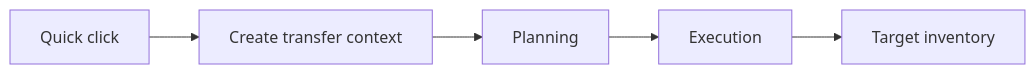
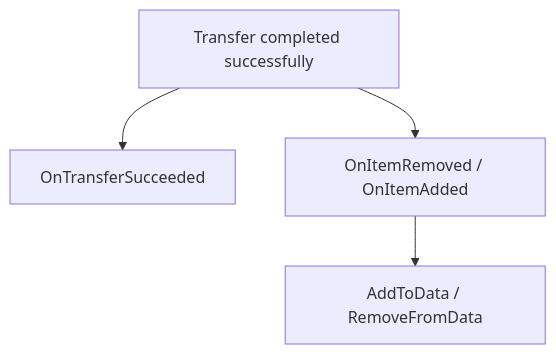
One commit to SergeevSergey99/DragAndDropSystem-Docs changed the fourth of 5 diagrams in .docs/content/architecture/transfer-pipeline.en.md. Above: the diagram before and after it, drawn with Mermaid. The commit also changed other lines of this file and 16 other files, not shown here.

````diff
--- a/.docs/content/architecture/transfer-pipeline.en.md
+++ b/.docs/content/architecture/transfer-pipeline.en.md
@@ -151,7 +82,6 @@
 ```mermaid
-flowchart LR
-    CLICK["Quick click"] --> CTX["Create transfer context"]
-    CTX --> PLAN["Planning"]
-    PLAN --> EXEC["Execution"]
-    EXEC --> INV["Target inventory"]
+flowchart TD
+    A["Transfer completed successfully"] --> B["OnTransferSucceeded"]
+    A --> C["OnItemRemoved / OnItemAdded"]
+    C --> D["AddToData / RemoveFromData"]
 ```
````
